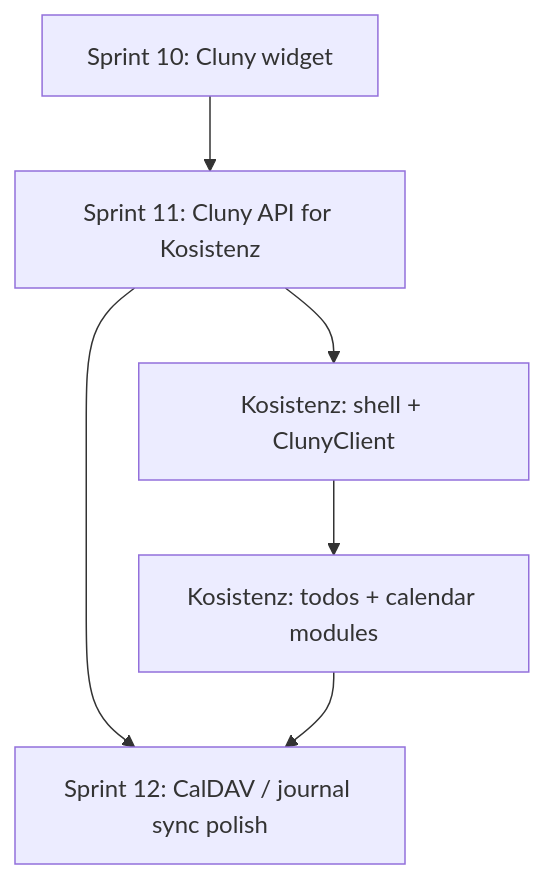
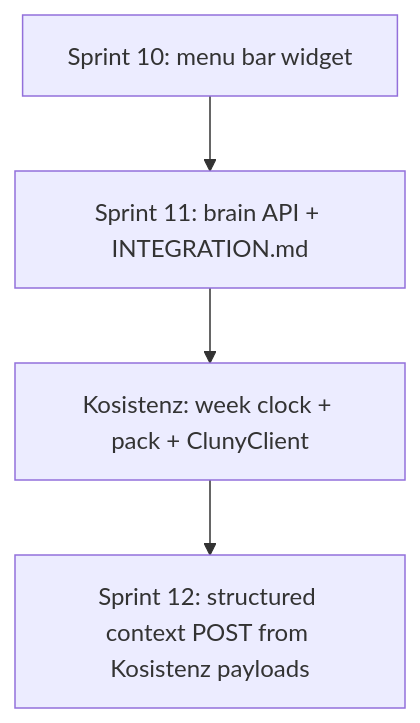
One commit to fresn3l/Cluny_the_AI_Agent changed the second of 2 diagrams in Sprints_11.md. Above: the diagram before and after it, drawn with Mermaid. The commit also changed other lines of this file and 7 other files, not shown here.

First line of the commit message:
fix: align Sprint 11 with Kosistenz brain-only contract

````diff
--- a/Sprints_11.md
+++ b/Sprints_11.md
@@ -259,14 +169,11 @@
 ```mermaid
 flowchart TD
-    S10[Sprint 10: Cluny widget]
-    S11[Sprint 11: Cluny API for Kosistenz]
-    K1[Kosistenz: shell + ClunyClient]
-    K2[Kosistenz: todos + calendar modules]
-    S12[Sprint 12: CalDAV / journal sync polish]
+    S10[Sprint 10: menu bar widget]
+    S11[Sprint 11: brain API + INTEGRATION.md]
+    K[Kosistenz: week clock + pack + ClunyClient]
+    S12[Sprint 12: structured context POST from Kosistenz payloads]
 
     S10 --> S11
-    S11 --> K1
-    K1 --> K2
-    S11 --> S12
-    K2 --> S12
+    S11 --> K
+    K --> S12
 ```
````
